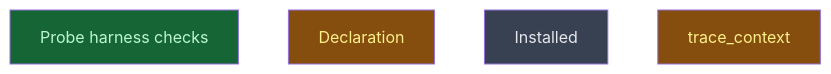
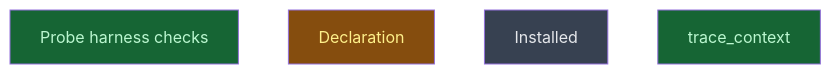
One commit to CrackingShells/Candler changed the diagram in __roadmap__/m6_5-agent-config/README.md. Above: the diagram before and after it, drawn with Mermaid. The commit also changed other lines of this file and 1 other file, not shown here.

Commit message:
rdm(api): mark the M6.5 trace context done

````diff
--- a/__roadmap__/m6_5-agent-config/README.md
+++ b/__roadmap__/m6_5-agent-config/README.md
@@ -21,12 +21,12 @@
 ```mermaid
 graph TD
     probe_harness_checks[Probe harness checks]:::done
     declaration[Declaration]:::inprogress
     installed[Installed]:::planned
-    trace_context[trace_context]:::inprogress
+    trace_context[trace_context]:::done
     classDef done       fill:#166534,color:#bbf7d0
     classDef inprogress fill:#854d0e,color:#fef08a
     classDef planned    fill:#374151,color:#e5e7eb
     classDef amendment  fill:#1e3a5f,color:#bfdbfe
     classDef blocked    fill:#7f1d1d,color:#fecaca
 ```
````
